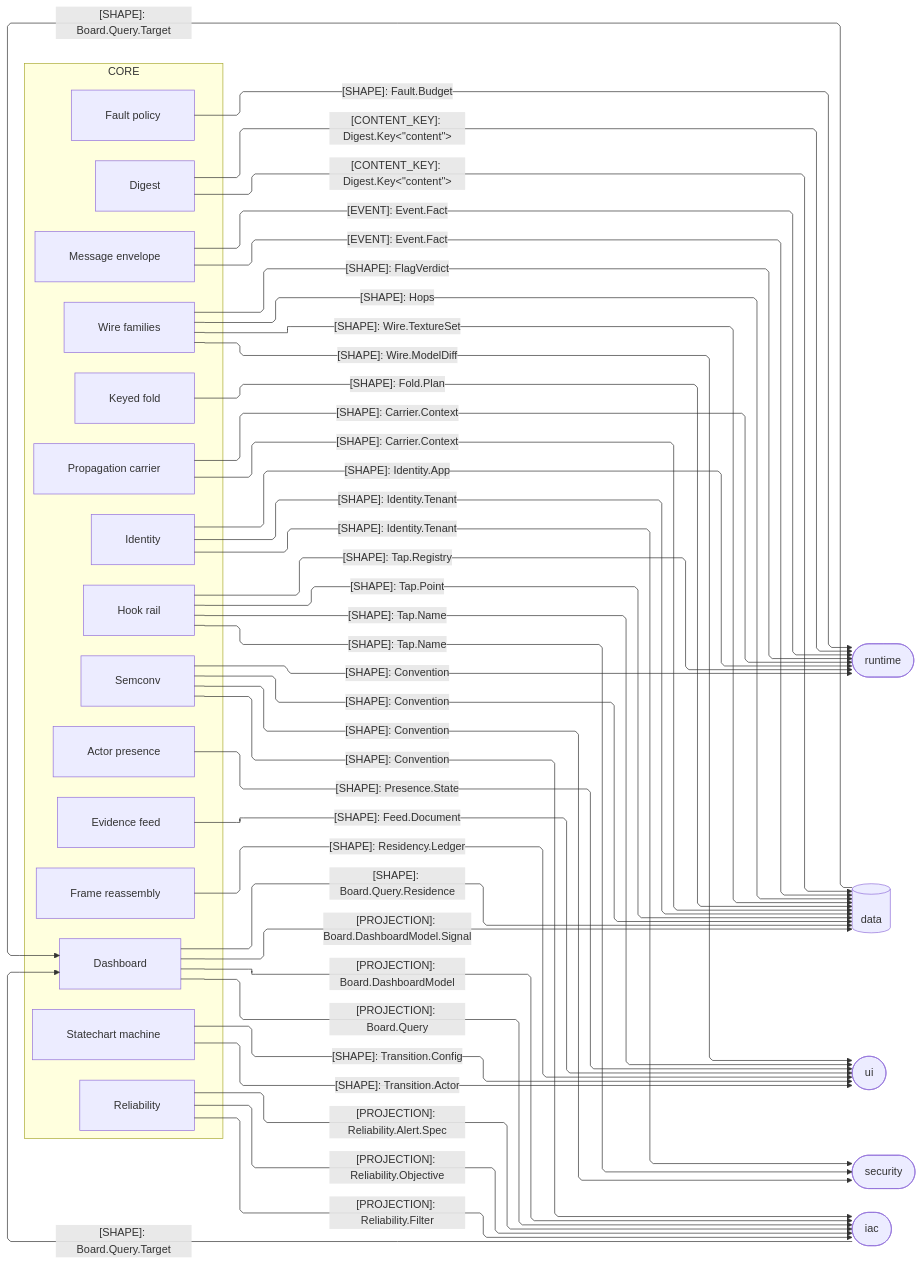
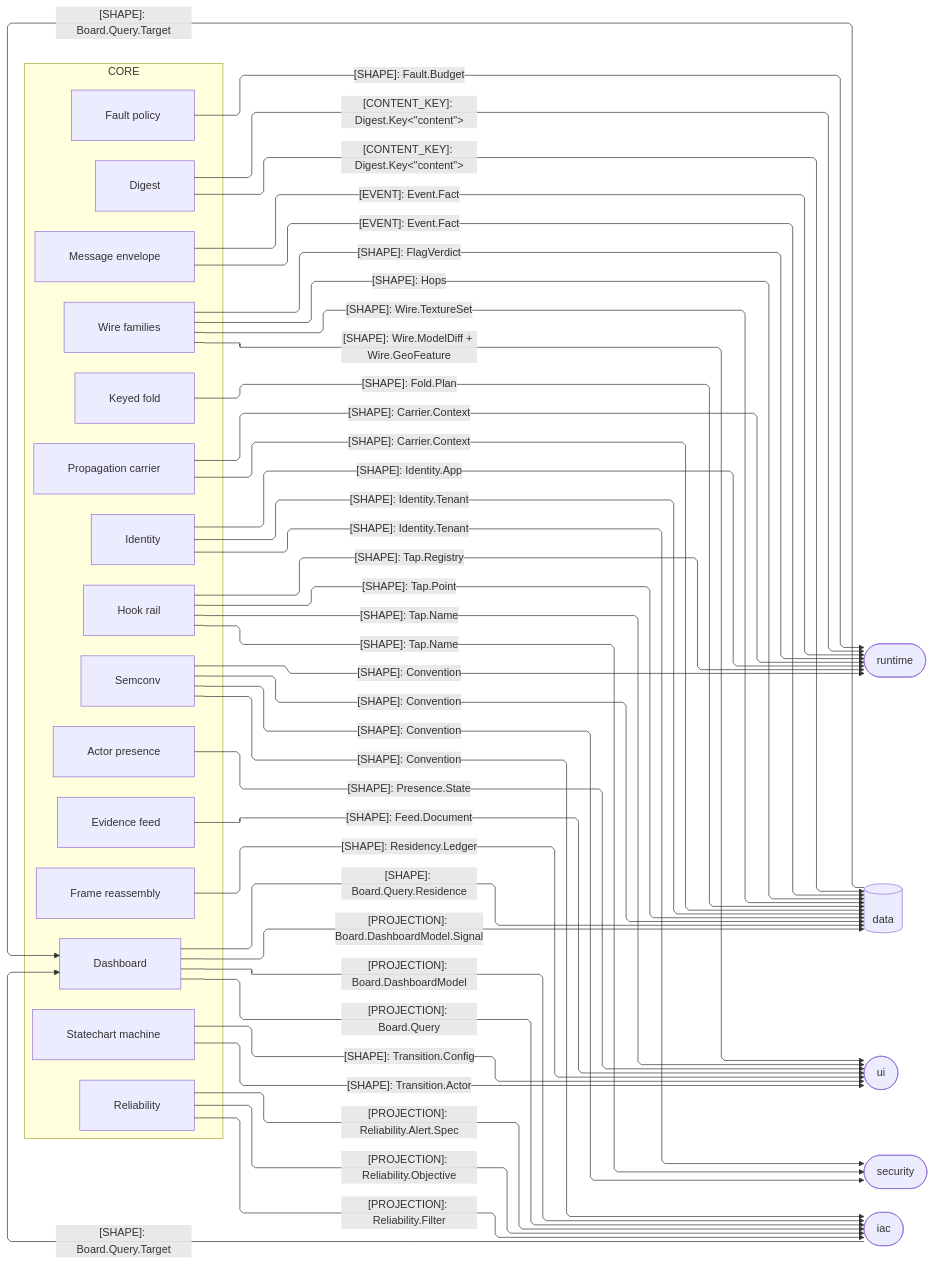
The third of 4 diagrams in libs/typescript/core/ARCHITECTURE.md (bsamiee/Rasm), drawn with Mermaid before and after one commit. The commit also changed other lines of this file and 56 other files, not shown here.

````diff
--- a/libs/typescript/core/ARCHITECTURE.md
+++ b/libs/typescript/core/ARCHITECTURE.md
@@ -175,71 +176,71 @@
 ```mermaid
 ---
 config:
   layout: elk
   flowchart:
     curve: linear
     padding: 25
 ---
 flowchart LR
     accTitle: Core TypeScript sibling seam registry
     accDescr: Which core-owned shapes each sibling folder consumes, and which query targets the olap and operate owners hand back to Board.
     subgraph core[CORE]
         Digest[Digest]
         Wire[Wire families]
         Frame[Frame reassembly]
         Fold[Keyed fold]
         Feed[Evidence feed]
         Identity[Identity]
         Fault[Fault policy]
         Convention[Semconv]
         Reliability[Reliability]
         Board[Dashboard]
         Tap[Hook rail]
         Carrier[Propagation carrier]
         Event[Message envelope]
         Transition[Statechart machine]
         Presence[Actor presence]
     end
     Runtime([runtime])
     Data[(data)]
     Ui([ui])
     Security([security])
     Iac([iac])
     Digest e1@-->|"[CONTENT_KEY]: Digest.Key&lt;&quot;content&quot;&gt;"| Data
     Digest e2@-->|"[CONTENT_KEY]: Digest.Key&lt;&quot;content&quot;&gt;"| Runtime
     Wire e3@-->|"[SHAPE]: FlagVerdict"| Runtime
-    Wire e4@-->|"[SHAPE]: Wire.ModelDiff"| Ui
+    Wire e4@-->|"[SHAPE]: Wire.ModelDiff + Wire.GeoFeature"| Ui
     Wire e5@-->|"[SHAPE]: Hops"| Data
     Wire e6@-->|"[SHAPE]: Wire.TextureSet"| Data
     Fold e7@-->|"[SHAPE]: Fold.Plan"| Data
     Feed e8@-->|"[SHAPE]: Feed.Document"| Ui
     Identity e9@-->|"[SHAPE]: Identity.Tenant"| Security
     Identity e10@-->|"[SHAPE]: Identity.Tenant"| Data
     Identity e11@-->|"[SHAPE]: Identity.App"| Runtime
     Fault e12@-->|"[SHAPE]: Fault.Budget"| Runtime
     Convention e13@-->|"[SHAPE]: Convention"| Runtime
     Convention e14@-->|"[SHAPE]: Convention"| Data
     Convention e15@-->|"[SHAPE]: Convention"| Security
     Convention e16@-->|"[SHAPE]: Convention"| Iac
     Board e17@-->|"[PROJECTION]: Board.DashboardModel"| Iac
     Board e18@-->|"[PROJECTION]: Board.Query"| Iac
     Board e19@-->|"[SHAPE]: Board.Query.Residence"| Data
     Board e20@-->|"[PROJECTION]: Board.DashboardModel.Signal"| Data
     Reliability e21@-->|"[PROJECTION]: Reliability.Alert.Spec"| Iac
     Reliability e22@-->|"[PROJECTION]: Reliability.Objective"| Iac
     Reliability e23@-->|"[PROJECTION]: Reliability.Filter"| Iac
     Frame e24@-->|"[SHAPE]: Residency.Ledger"| Ui
     Tap e25@-->|"[SHAPE]: Tap.Registry"| Runtime
     Tap e26@-->|"[SHAPE]: Tap.Point"| Data
     Tap e27@-->|"[SHAPE]: Tap.Name"| Ui
     Tap e28@-->|"[SHAPE]: Tap.Name"| Security
     Carrier e29@-->|"[SHAPE]: Carrier.Context"| Runtime
     Carrier e30@-->|"[SHAPE]: Carrier.Context"| Data
     Event e31@-->|"[EVENT]: Event.Fact"| Data
     Event e32@-->|"[EVENT]: Event.Fact"| Runtime
     Transition e33@-->|"[SHAPE]: Transition.Config"| Ui
     Transition e34@-->|"[SHAPE]: Transition.Actor"| Ui
     Presence e35@-->|"[SHAPE]: Presence.State"| Ui
     Data e36@-->|"[SHAPE]: Board.Query.Target"| Board
     Iac e37@-->|"[SHAPE]: Board.Query.Target"| Board
 ```
````
